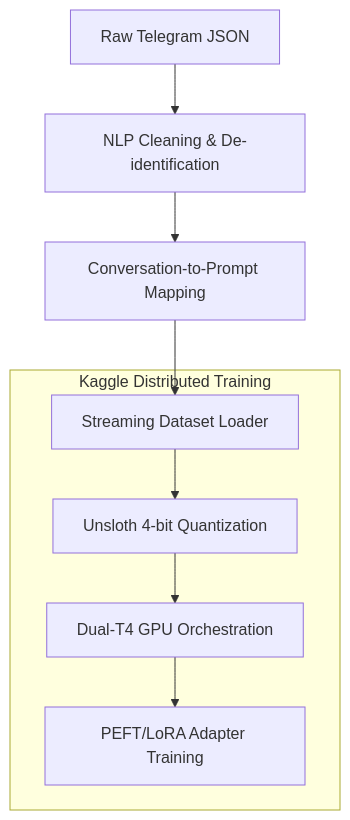
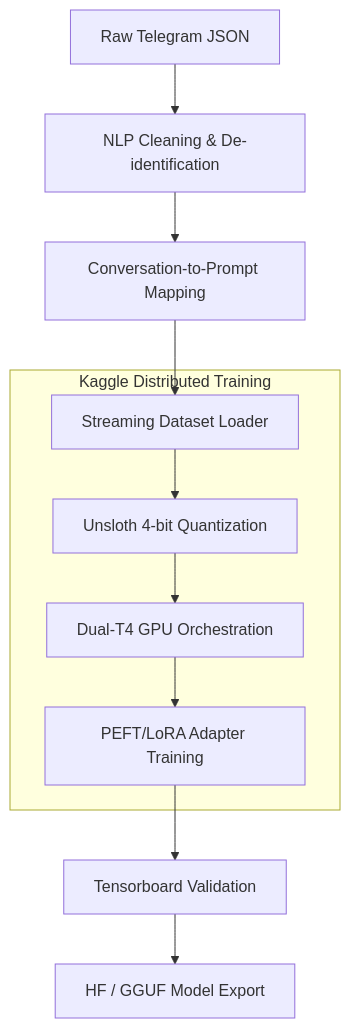
Before and after one commit to NguyenGeorge/llama3-8B-Fomo-Sapiens-fine-tune: the diagram in README.md, drawn with Mermaid.

Commit message:
docs: update architecture diagram and routing details

````diff
--- a/README.md
+++ b/README.md
@@ -11,11 +11,14 @@
 ```mermaid
 graph TD
 Data[Raw Telegram JSON] --> Clean[NLP Cleaning & De-identification]
 Clean --> Format[Conversation-to-Prompt Mapping]
 Format --> Stream[Streaming Dataset Loader]
 subgraph Train [Kaggle Distributed Training]
 Stream --> Unsloth[Unsloth 4-bit Quantization]
 Unsloth --> DDP[Dual-T4 GPU Orchestration]
 DDP --> LoRA[PEFT/LoRA Adapter Training]
 end
+
+LoRA --> Monitor[Tensorboard Validation]
+Monitor --> Export[HF / GGUF Model Export]
 ```
````
